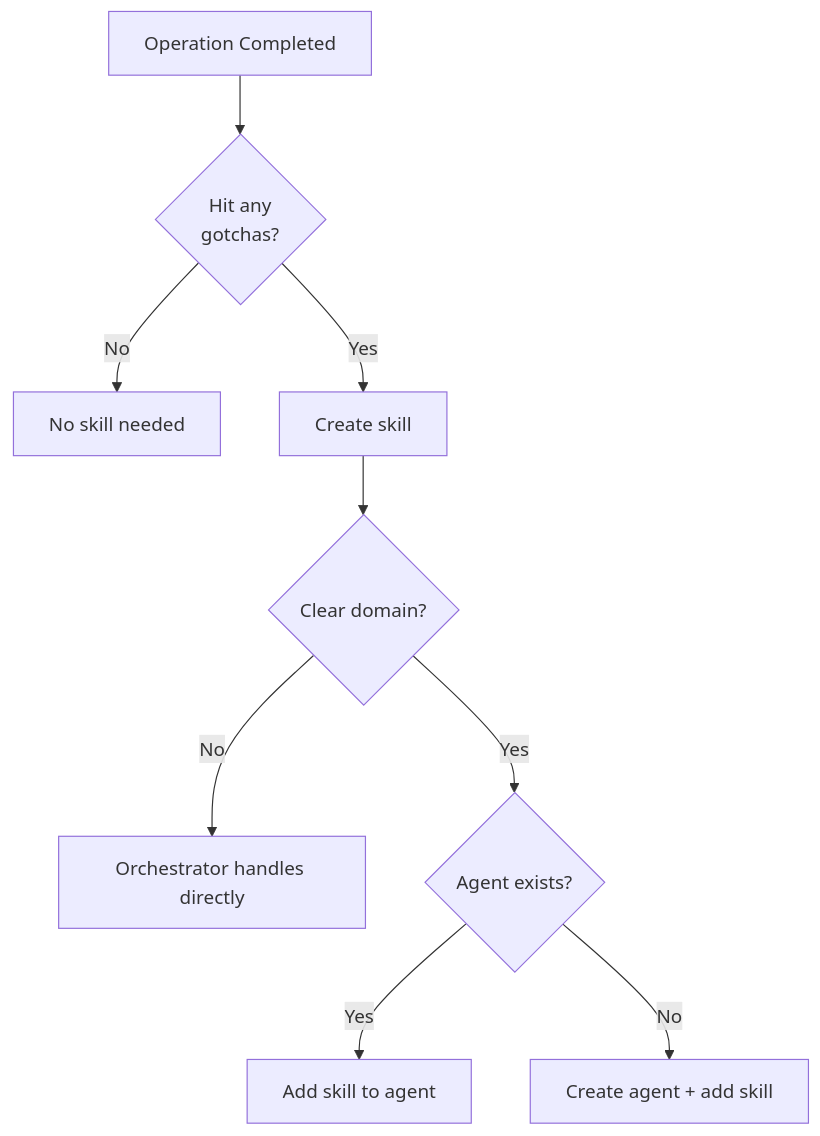
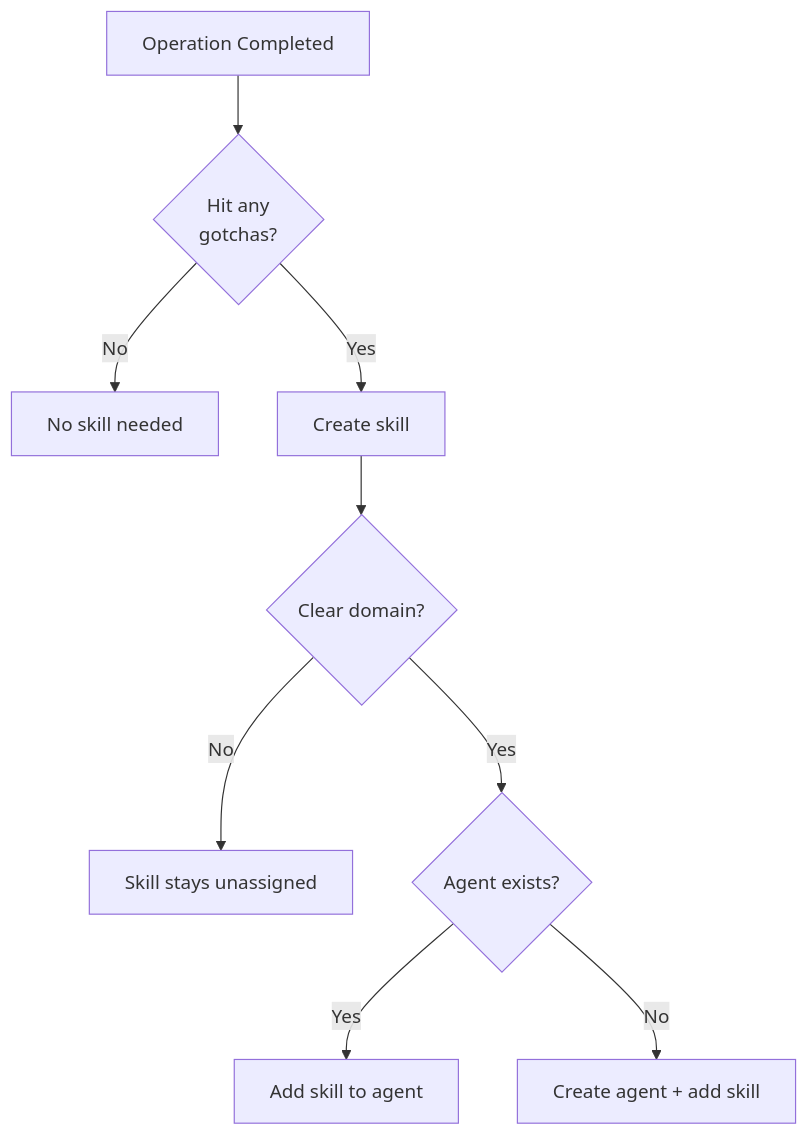
Before and after one commit to lorehq/lore-docs: the third of 5 diagrams in docs/how-it-works.md, drawn with Mermaid. The commit also changed other lines of this file and 10 other files, not shown here.

````diff
--- a/docs/how-it-works.md
+++ b/docs/how-it-works.md
@@ -89,11 +89,11 @@
 ```mermaid
 flowchart TD
     op[Operation Completed] --> gotcha{Hit any\ngotchas?}
     gotcha -->|No| skip[No skill needed]
     gotcha -->|Yes| createSkill[Create skill]
     createSkill --> domainClear{Clear domain?}
-    domainClear -->|No| orchestrator[Orchestrator handles directly]
+    domainClear -->|No| unassigned[Skill stays unassigned]
     domainClear -->|Yes| agentExists{Agent exists?}
     agentExists -->|Yes| addToAgent[Add skill to agent]
     agentExists -->|No| createAgent[Create agent + add skill]
 ```
````
